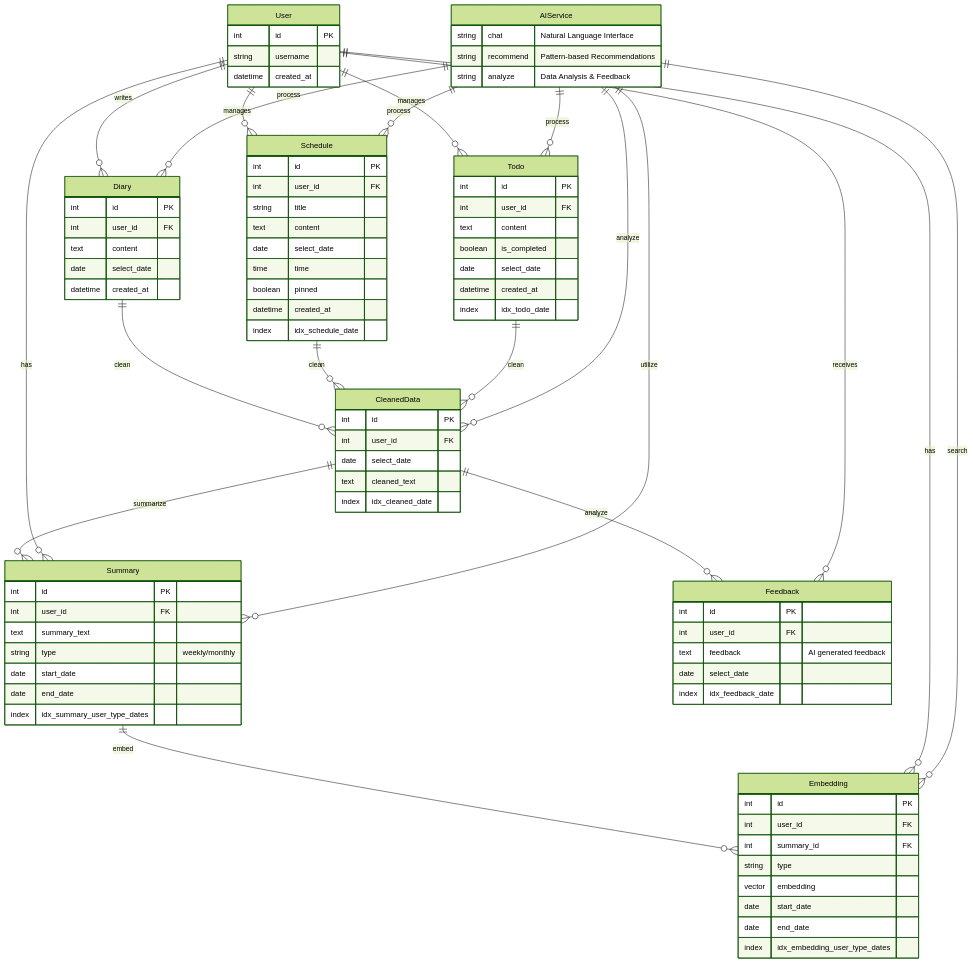
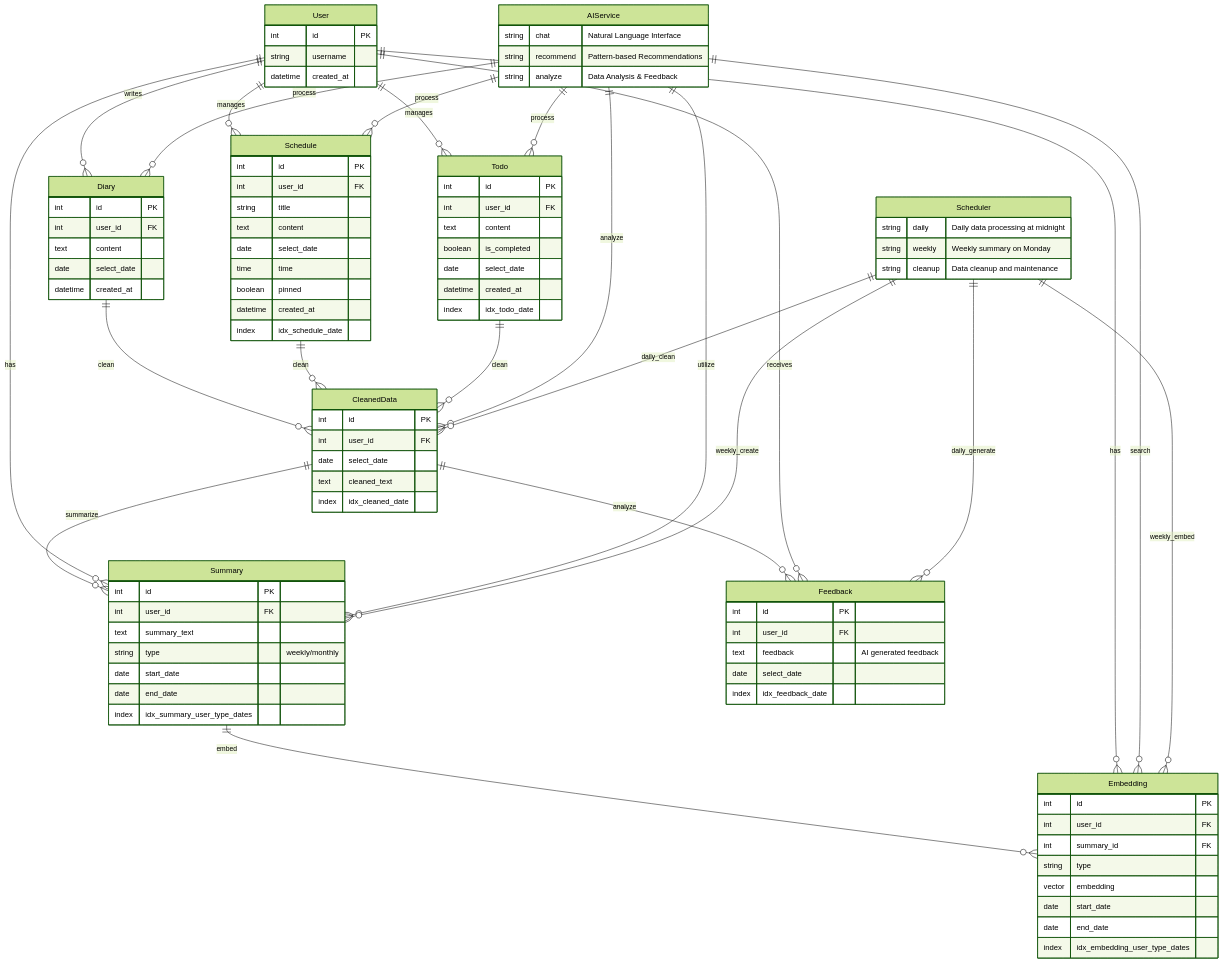
Before and after one commit to K-MarkLee/Youtube_Search_bot: the first of 2 diagrams in README.md, drawn with Mermaid (forest theme). The commit also changed other lines of this file, not shown here.

````diff
--- a/README.md
+++ b/README.md
@@ -27,6 +27,12 @@
     AIService ||--o{ CleanedData : analyze
     AIService ||--o{ Summary : utilize
     AIService ||--o{ Embedding : search
+
+    %% 스케줄러 관계
+    Scheduler ||--o{ CleanedData : "daily_clean"
+    Scheduler ||--o{ Summary : "weekly_create"
+    Scheduler ||--o{ Embedding : "weekly_embed"
+    Scheduler ||--o{ Feedback : "daily_generate"
 
     User {
         int id PK
@@ -107,4 +113,11 @@
         string recommend "Pattern-based Recommendations"
         string analyze "Data Analysis & Feedback"
     }
+
+    %% 스케줄러 (논리적 엔티티)
+    Scheduler {
+        string daily "Daily data processing at midnight"
+        string weekly "Weekly summary on Monday"
+        string cleanup "Data cleanup and maintenance"
+    }
 ```
````
